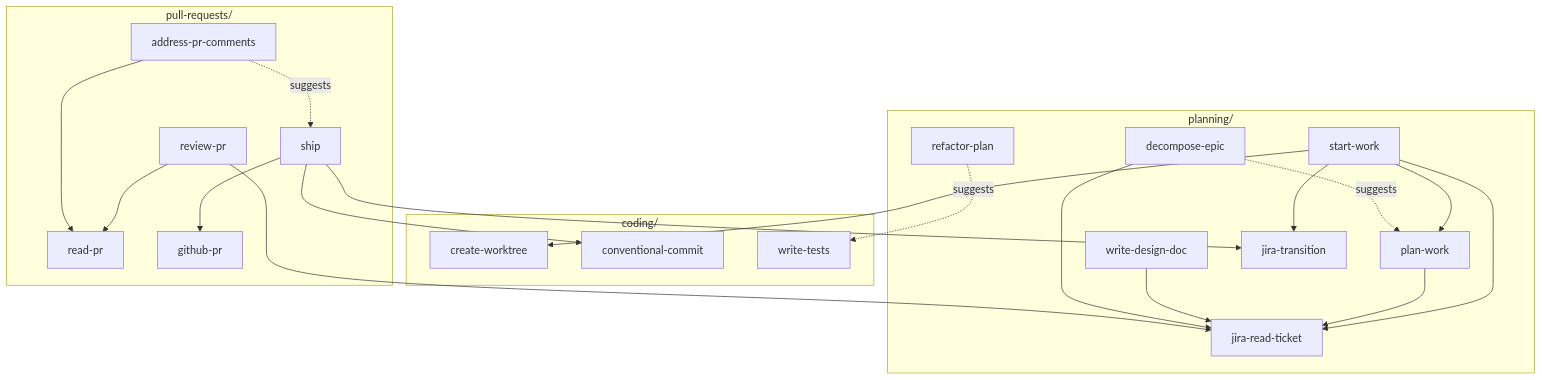
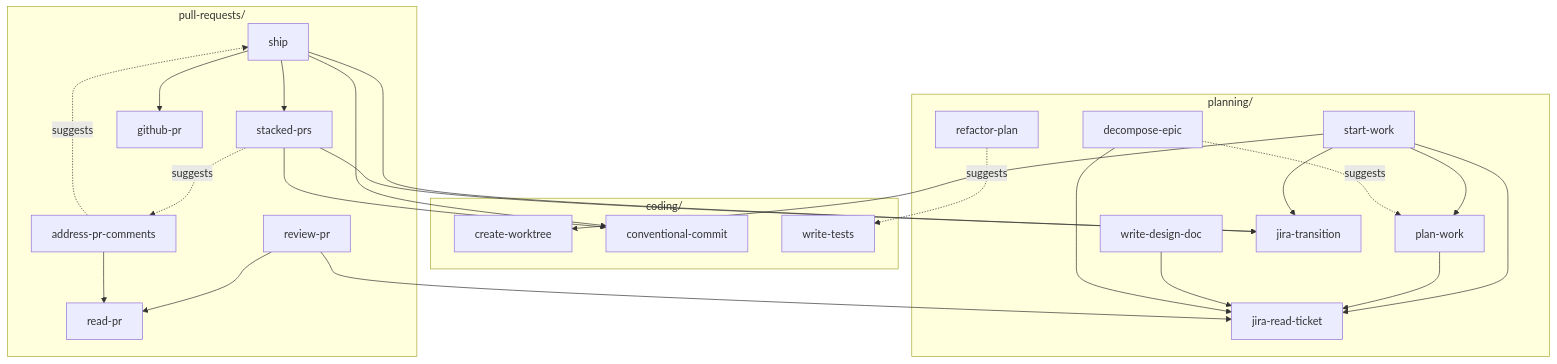
Before and after one commit to lanesawyer/ai-config: the first of 3 diagrams in README.md, drawn with Mermaid. The commit also changed other lines of this file and 3 other files, not shown here.

First line of the commit message:
feat(skills): add stacked-prs skill for gh stack workflows (#8)

````diff
--- a/README.md
+++ b/README.md
@@ -90,50 +91,56 @@
 ```mermaid
 graph TD
     subgraph planning["planning/"]
         start-work
         plan-work
         write-design-doc
         decompose-epic
         refactor-plan
         jira-read-ticket
         jira-transition
     end
 
     subgraph coding["coding/"]
         create-worktree
         conventional-commit
         write-tests
     end
 
     subgraph prs["pull-requests/"]
         ship
+        stacked-prs
         review-pr
         address-pr-comments
         read-pr
         github-pr
     end
 
     start-work --> jira-read-ticket
     start-work --> jira-transition
     start-work --> create-worktree
     start-work --> plan-work
 
     plan-work --> jira-read-ticket
 
     write-design-doc --> jira-read-ticket
 
     decompose-epic --> jira-read-ticket
     decompose-epic -. suggests .-> plan-work
 
     refactor-plan -. suggests .-> write-tests
 
     ship --> conventional-commit
     ship --> github-pr
     ship --> jira-transition
+    ship --> stacked-prs
+
+    stacked-prs --> conventional-commit
+    stacked-prs --> jira-transition
+    stacked-prs -. suggests .-> address-pr-comments
 
     review-pr --> read-pr
     review-pr --> jira-read-ticket
 
     address-pr-comments --> read-pr
     address-pr-comments -. suggests .-> ship
 ```
````
